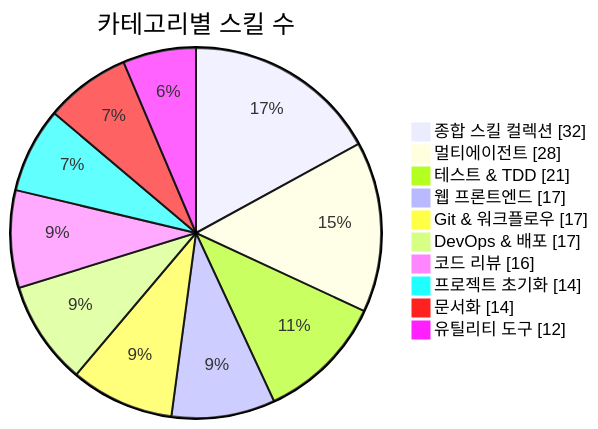
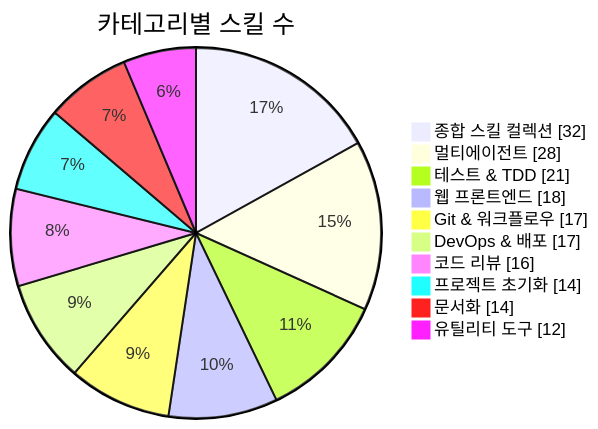
The first of 3 diagrams in README.md (J-nowcow/awesome-korean-agent-skills), drawn with Mermaid before and after one commit. The commit also changed other lines of this file and 4 other files, not shown here.

````diff
--- a/README.md
+++ b/README.md
@@ -176,14 +176,14 @@
 ```mermaid
 pie showData
     title 카테고리별 스킬 수
     "종합 스킬 컬렉션" : 32
     "멀티에이전트" : 28
     "테스트 & TDD" : 21
-    "웹 프론트엔드" : 17
+    "웹 프론트엔드" : 18
     "Git & 워크플로우" : 17
     "DevOps & 배포" : 17
     "코드 리뷰" : 16
     "프로젝트 초기화" : 14
     "문서화" : 14
     "유틸리티 도구" : 12
 ```
````
